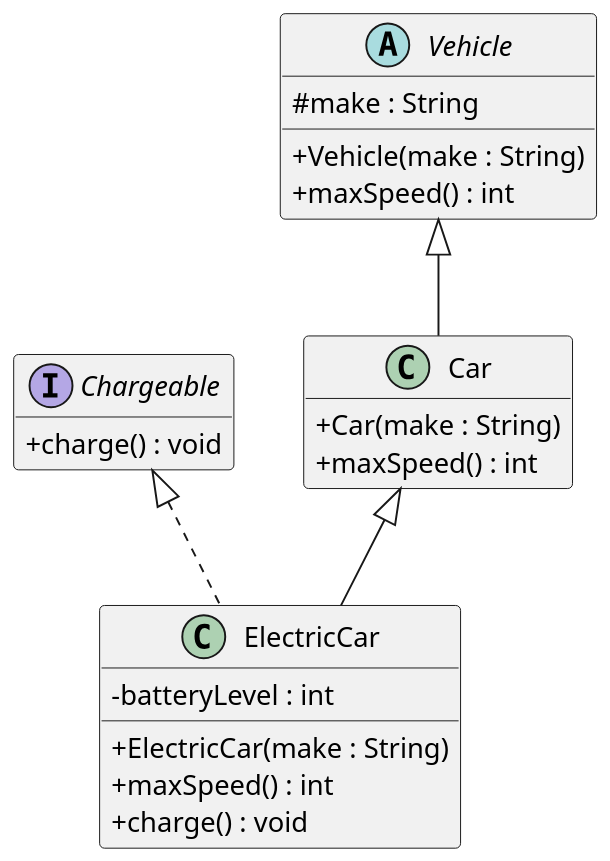
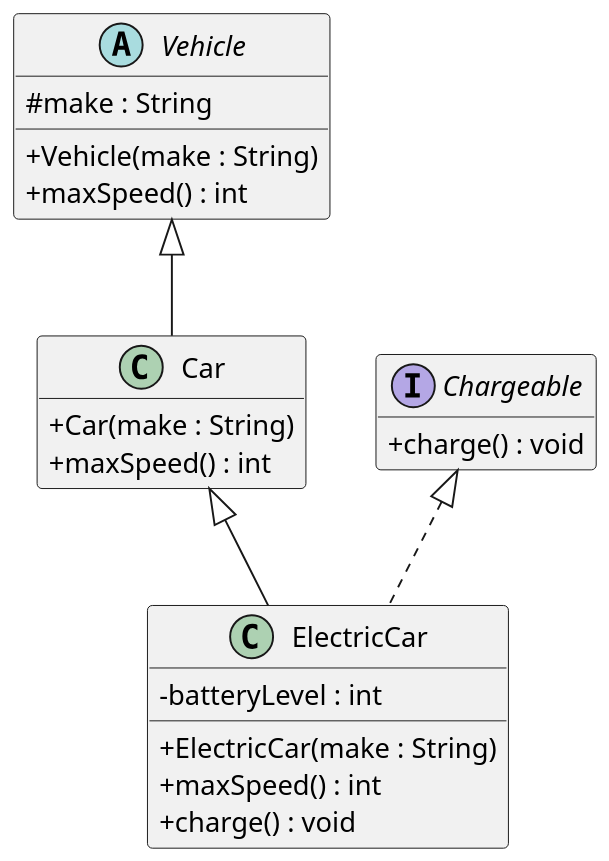
Before and after one commit to KL1105/207-course-notes: the diagram in plantuml/exercises/vehicles-uml-starter.puml, drawn with PlantUML.

Commit message:
rearrange for vehicle UML formatting agian

```diff
--- a/plantuml/exercises/vehicles-uml-starter.puml
+++ b/plantuml/exercises/vehicles-uml-starter.puml
@@ -1,54 +1,49 @@
 @startuml
 skinparam dpi 150
 skinparam classAttributeIconSize 0
 hide empty members
 
 ' Your task (Chapter 3, Question 2): draw the UML class diagram for the
 ' Vehicle / Car / ElectricCar / Chargeable code.
 '
 ' Define each type as a box, then connect them with the right arrows. One box
 ' (Chargeable) is filled in as an example — complete the other three and add the
 ' relationships.
 '
 ' PlantUML cheat-sheet:
 '   interface Name { + method() : Type }
 '   abstract class Name { # field : Type }
 '   class Name { - field : Type }
 '   Parent    <|-- Child    ' generalization: Child extends Parent
 '   Interface <|.. Class    ' realization:    Class implements Interface
 ' (Putting the parent/interface on the LEFT of the arrow keeps it on top.)
 
-interface Chargeable {
-  + charge() : void
-}
-
-' TODO: add "abstract class Vehicle", "class Car", and "class ElectricCar"
-'       (with their fields and methods), then add the arrows between all four
-'       types.
-
 abstract class Vehicle {
   # make : String
   + Vehicle(make : String)
   + maxSpeed() : int
+}
+
+interface Chargeable {
+  + charge() : void
 }
 
 ' Extends class Vehicle but does not realize Chargeable
 class Car {
   + Car(make : String)
   + maxSpeed() : int
 }
 
 ' Extends class Vehicle and also realizes interface Chargeable
 class ElectricCar {
  - batteryLevel : int
  + ElectricCar(make : String)
  + maxSpeed() : int
  + charge() : void
 }
 
 Vehicle <|-- Car
 Car <|-- ElectricCar
-
 Chargeable <|.. ElectricCar
 
 @enduml
```
